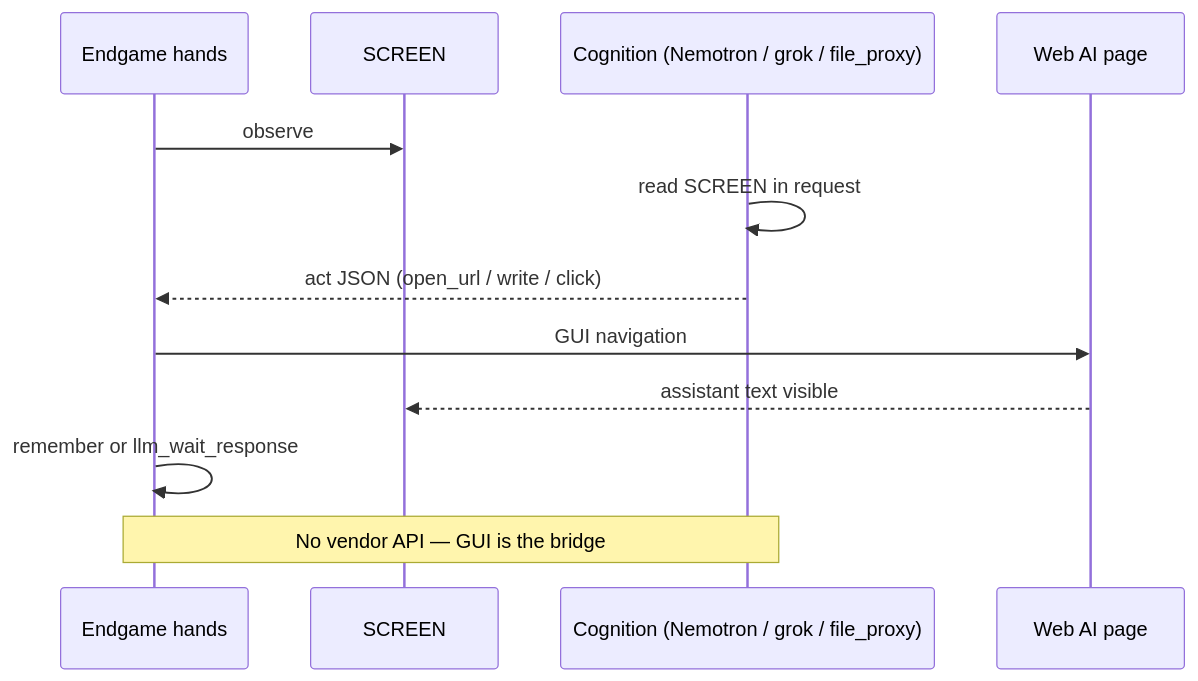
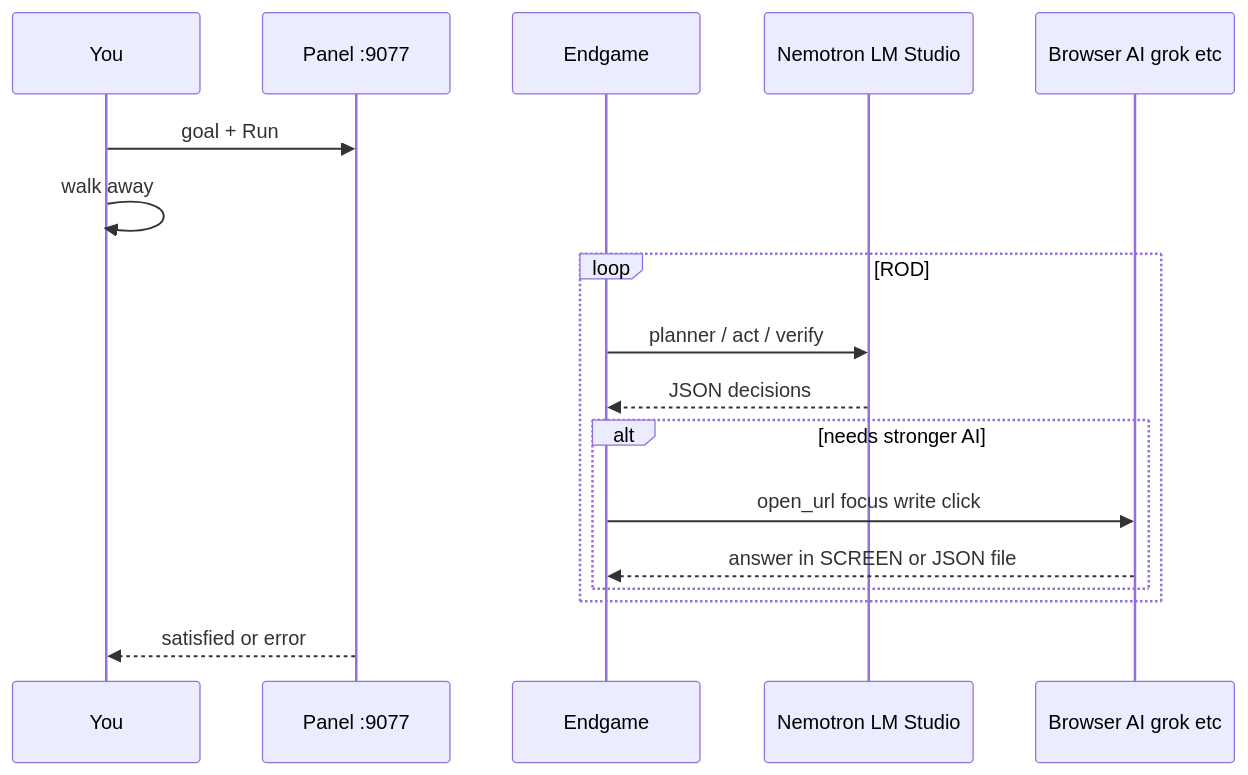
Before and after one commit to wgabrys88/endgame-ai: the sixth of 6 diagrams in README.md, drawn with Mermaid. The commit also changed other lines of this file, not shown here.

````diff
--- a/README.md
+++ b/README.md
@@ -663,15 +257,20 @@
 ```mermaid
 sequenceDiagram
-    participant EG as Endgame hands
-    participant SCR as SCREEN
-    participant COG as Cognition (Nemotron / grok / file_proxy)
-    participant WEB as Web AI page
+    participant You as You
+    participant Panel as Panel :9077
+    participant EG as Endgame
+    participant Nemo as Nemotron LM Studio
+    participant Web as Browser AI grok etc
 
-    EG->>SCR: observe
-    COG->>COG: read SCREEN in request
-    COG-->>EG: act JSON (open_url / write / click)
-    EG->>WEB: GUI navigation
-    WEB-->>SCR: assistant text visible
-    EG->>EG: remember or llm_wait_response
-    Note over EG,COG: No vendor API — GUI is the bridge
+    You->>Panel: goal + Run
+    You->>You: walk away
+    loop ROD
+        EG->>Nemo: planner / act / verify
+        Nemo-->>EG: JSON decisions
+        alt needs stronger AI
+            EG->>Web: open_url focus write click
+            Web-->>EG: answer in SCREEN or JSON file
+        end
+    end
+    Panel-->>You: satisfied or error
 ```
````
